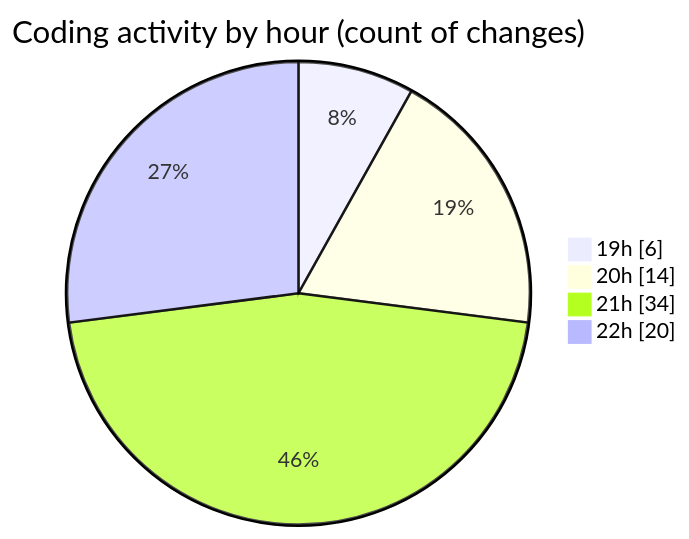
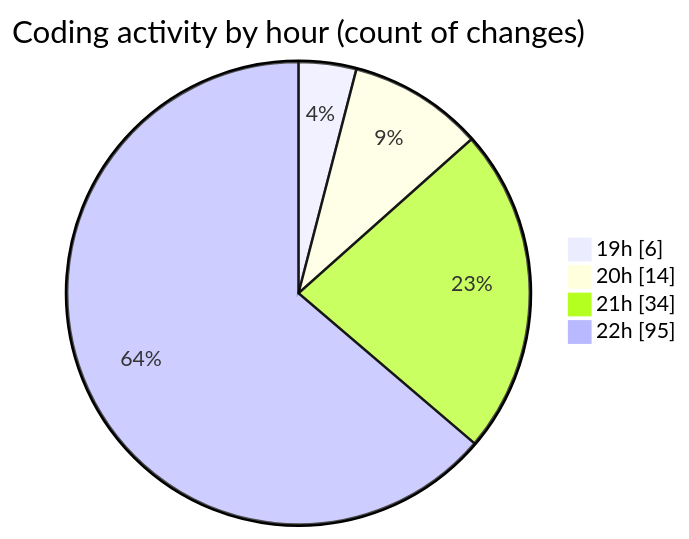
Before and after one commit to IJAZ3593/code-tracking: the second of 2 diagrams in 2025-09-13/new_folder/README.md, drawn with Mermaid. The commit also changed other lines of this file and 1 other file, not shown here.

````diff
--- a/2025-09-13/new_folder/README.md
+++ b/2025-09-13/new_folder/README.md
@@ -35,8 +35,8 @@
 ```mermaid
 pie showData
 title Coding activity by hour (count of changes)
 "19h" : 6
 "20h" : 14
 "21h" : 34
-"22h" : 20
+"22h" : 95
 ```
````
